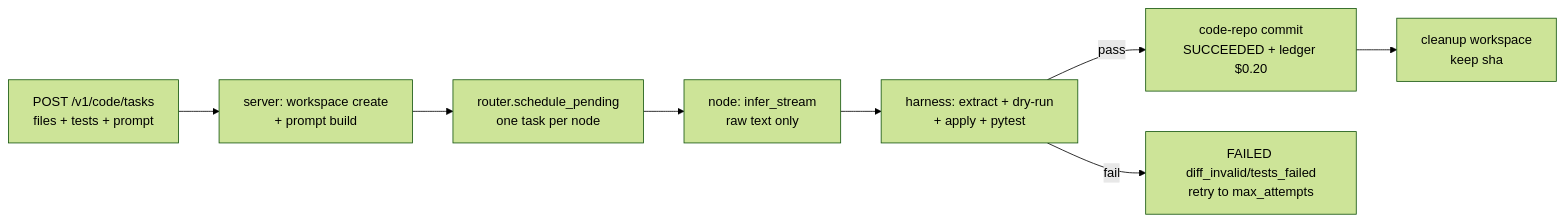
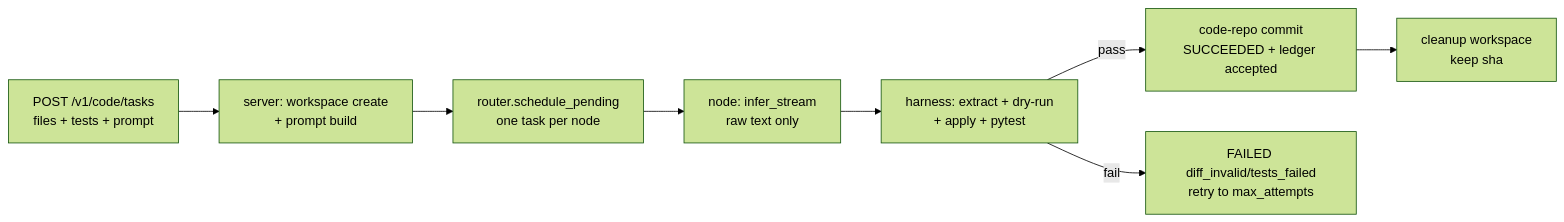
The diagram in CODE_EDIT_PLAN.md (hongnoul/clique), drawn with Mermaid (forest theme) before and after one commit. The commit also changed other lines of this file and 5 other files, not shown here.

````diff
--- a/CODE_EDIT_PLAN.md
+++ b/CODE_EDIT_PLAN.md
@@ -103,10 +103,10 @@
 ```mermaid
 flowchart LR
     C[POST /v1/code/tasks<br/>files + tests + prompt] --> S[server: workspace create<br/>+ prompt build]
     S --> R[router.schedule_pending<br/>one task per node]
     R --> N[node: infer_stream<br/>raw text only]
     N --> H[harness: extract + dry-run<br/>+ apply + pytest]
-    H -->|pass| V[code-repo commit<br/>SUCCEEDED + ledger $0.20]
+    H -->|pass| V[code-repo commit<br/>SUCCEEDED + ledger accepted]
     H -->|fail| F[FAILED diff_invalid/tests_failed<br/>retry to max_attempts]
     V --> W[cleanup workspace<br/>keep sha]
 ```
````
